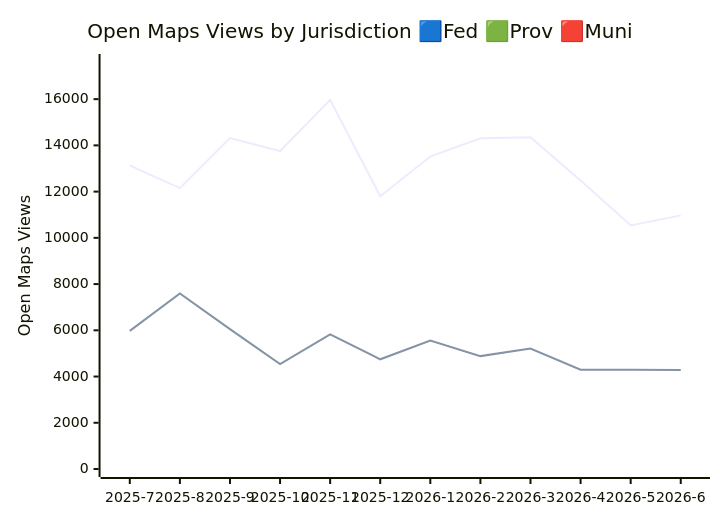
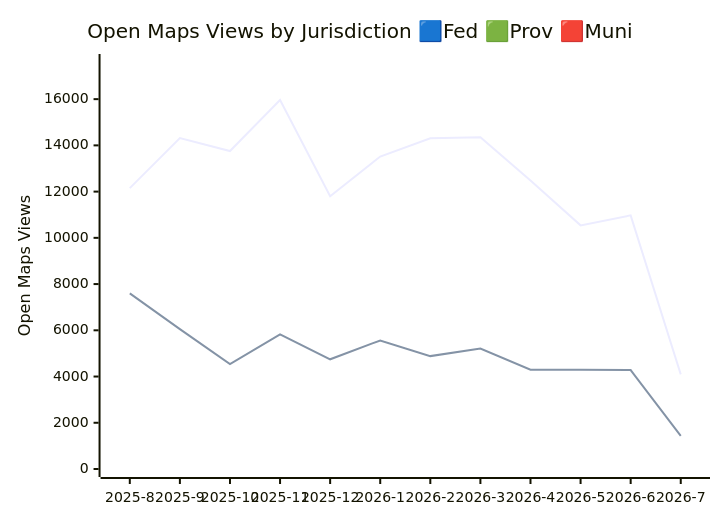
One commit to open-data/analytics-corporate-reporting changed the third of 3 diagrams in JURISDICTION_ANALYTICS_REPORT/readme.md. Above: the diagram before and after it, drawn with Mermaid. The commit also changed other lines of this file and 3 other files, not shown here.

````diff
--- a/JURISDICTION_ANALYTICS_REPORT/readme.md
+++ b/JURISDICTION_ANALYTICS_REPORT/readme.md
@@ -39,9 +39,9 @@
 ```mermaid
 
 xychart-beta
     title "Open Maps Views by Jurisdiction 🟦Fed 🟩Prov 🟥Muni"
-    x-axis [2025-7, 2025-8, 2025-9, 2025-10, 2025-11, 2025-12, 2026-1, 2026-2, 2026-3, 2026-4, 2026-5, 2026-6]
+    x-axis [2025-8, 2025-9, 2025-10, 2025-11, 2025-12, 2026-1, 2026-2, 2026-3, 2026-4, 2026-5, 2026-6, 2026-7]
     y-axis "Open Maps Views" 0 --> 17607
-    line [13130, 12149, 14318, 13754, 15966, 11799, 13518, 14311, 14350, 12485, 10540, 10972]
-    line [5975, 7598, 6049, 4537, 5825, 4746, 5561, 4884, 5214, 4298, 4298, 4278]
+    line [12149, 14318, 13754, 15966, 11799, 13518, 14311, 14350, 12485, 10540, 10972, 4094]
+    line [7598, 6049, 4537, 5825, 4746, 5561, 4884, 5214, 4298, 4298, 4278, 1434]
 ```
````
